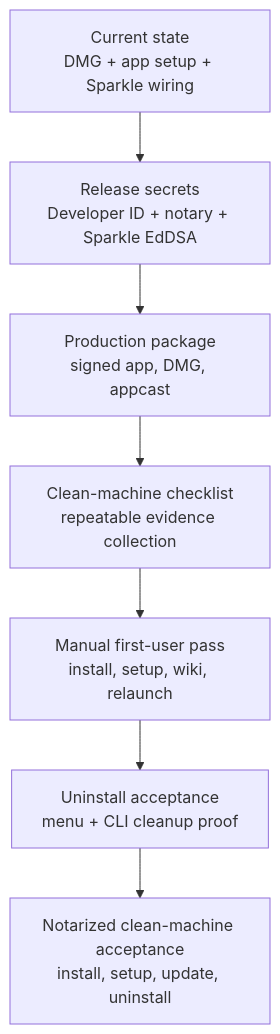
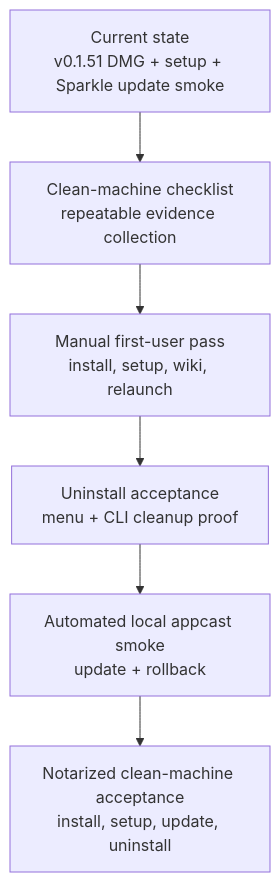
The diagram in docs/macos-professional-app-remaining-work.md (hapticasensorics/1context), drawn with Mermaid before and after one commit. The commit also changed other lines of this file and 6 other files, not shown here.

````diff
--- a/docs/macos-professional-app-remaining-work.md
+++ b/docs/macos-professional-app-remaining-work.md
@@ -71,13 +77,11 @@
 ```mermaid
 flowchart TD
-  Current["Current state\nDMG + app setup + Sparkle wiring"]
-  Secrets["Release secrets\nDeveloper ID + notary + Sparkle EdDSA"]
-  Production["Production package\nsigned app, DMG, appcast"]
+  Current["Current state\nv0.1.51 DMG + setup + Sparkle update smoke"]
   Harness["Clean-machine checklist\nrepeatable evidence collection"]
   Manual["Manual first-user pass\ninstall, setup, wiki, relaunch"]
   Uninstall["Uninstall acceptance\nmenu + CLI cleanup proof"]
+  LocalSmoke["Automated local appcast smoke\nupdate + rollback"]
   CleanMachine["Notarized clean-machine acceptance\ninstall, setup, update, uninstall"]
 
-  Current --> Secrets --> Production
-  Production --> Harness --> Manual --> Uninstall --> CleanMachine
+  Current --> Harness --> Manual --> Uninstall --> LocalSmoke --> CleanMachine
 ```
````
